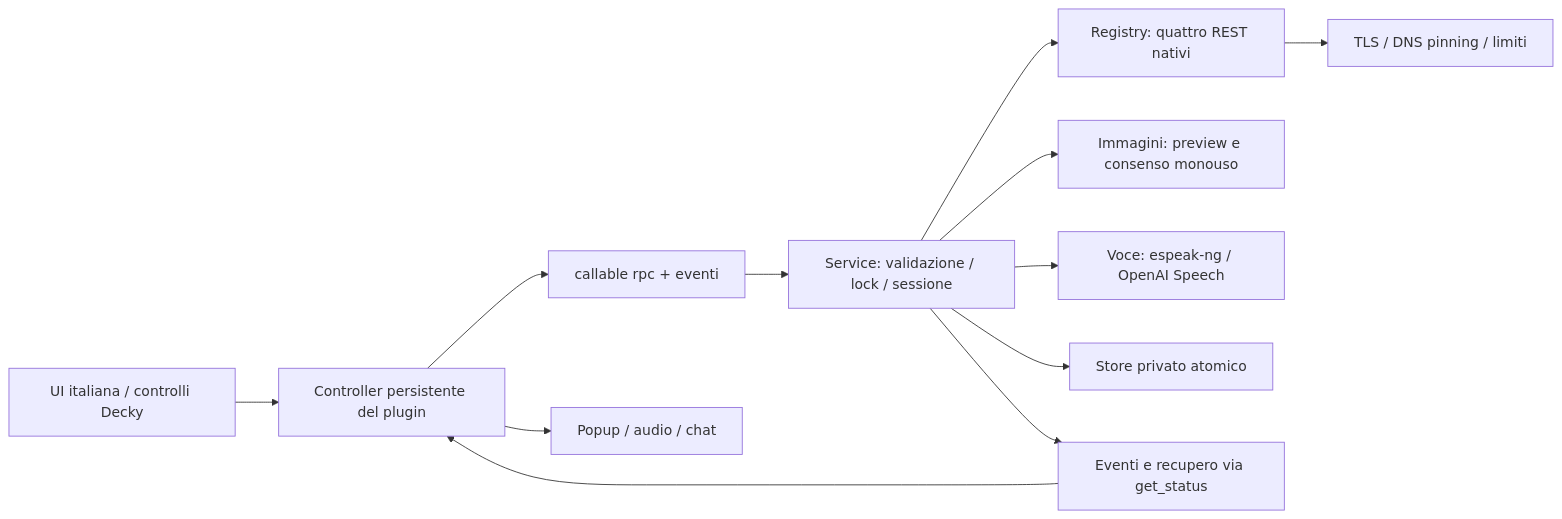
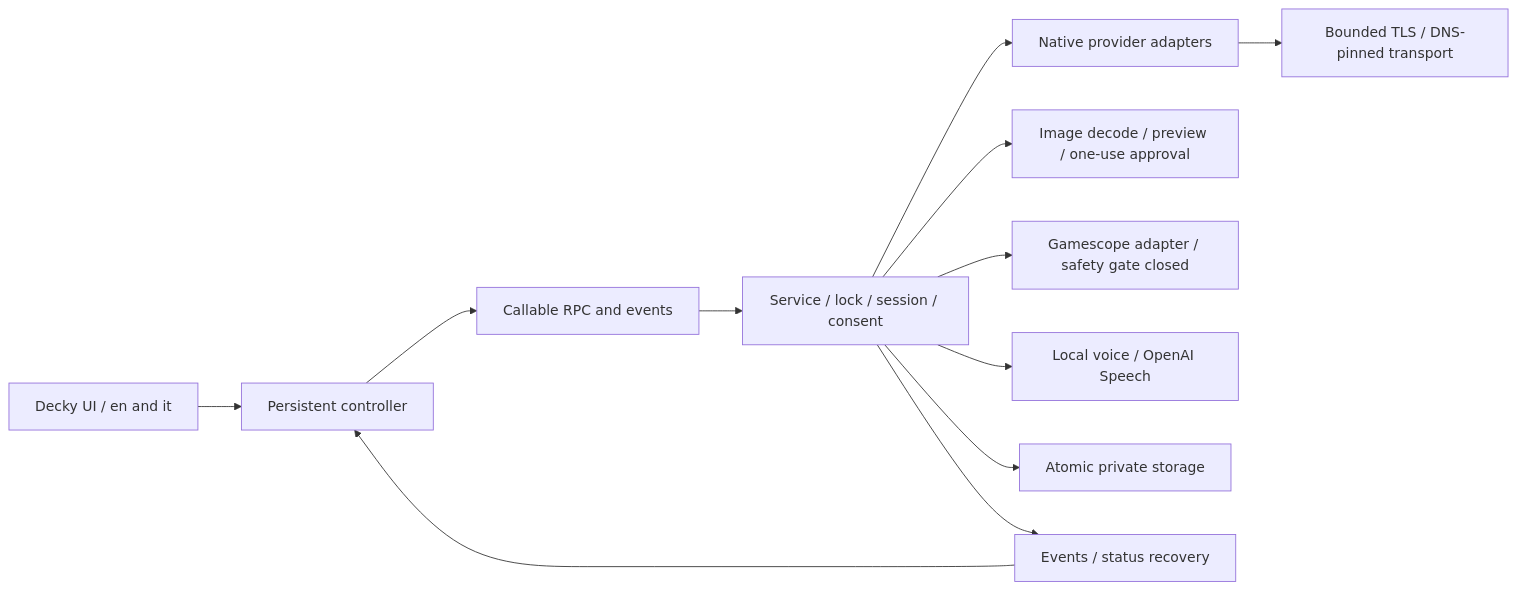
One commit to realfulvio/decky-pilot changed the diagram in docs/ARCHITECTURE.md. Above: the diagram before and after it, drawn with Mermaid. The commit also changed other lines of this file and 43 other files, not shown here.

Commit message:
feat: add guided English-first Decky UI and consent-gated visual assistance

````diff
--- a/docs/ARCHITECTURE.md
+++ b/docs/ARCHITECTURE.md
@@ -5,14 +5,14 @@
 ```mermaid
 flowchart LR
-  UI[UI italiana / controlli Decky] --> C[Controller persistente del plugin]
-  C --> B[callable rpc + eventi]
-  B --> S[Service: validazione / lock / sessione]
-  S --> P[Registry: quattro REST nativi]
-  P --> H[TLS / DNS pinning / limiti]
-  S --> I[Immagini: preview e consenso monouso]
-  S --> T[Voce: espeak-ng / OpenAI Speech]
-  S --> D[Store privato atomico]
-  S --> E[Eventi e recupero via get_status]
+  UI[Decky UI / en and it] --> C[Persistent controller]
+  C --> RPC[Callable RPC and events]
+  RPC --> S[Service / lock / session / consent]
+  S --> P[Native provider adapters]
+  P --> H[Bounded TLS / DNS-pinned transport]
+  S --> I[Image decode / preview / one-use approval]
+  S --> G[Gamescope adapter / safety gate closed]
+  S --> T[Local voice / OpenAI Speech]
+  S --> D[Atomic private storage]
+  S --> E[Events / status recovery]
   E --> C
-  C --> A[Popup / audio / chat]
 ```
````
